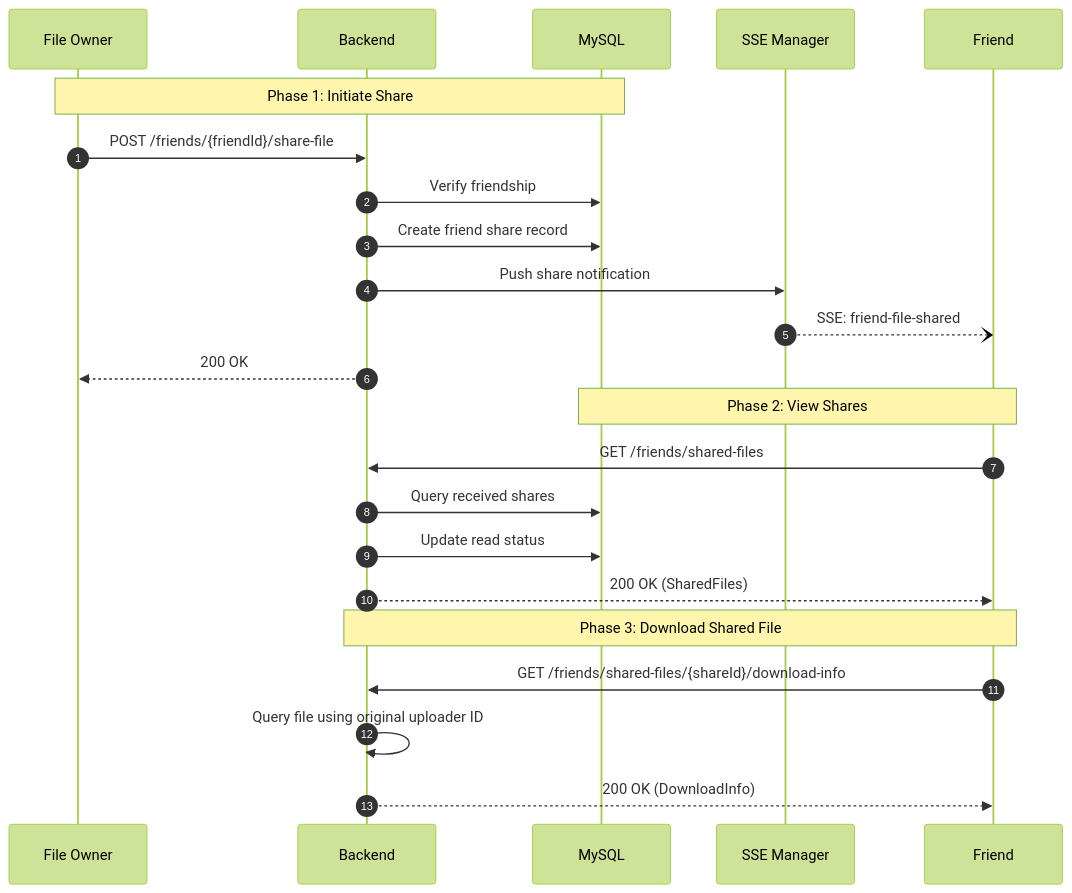
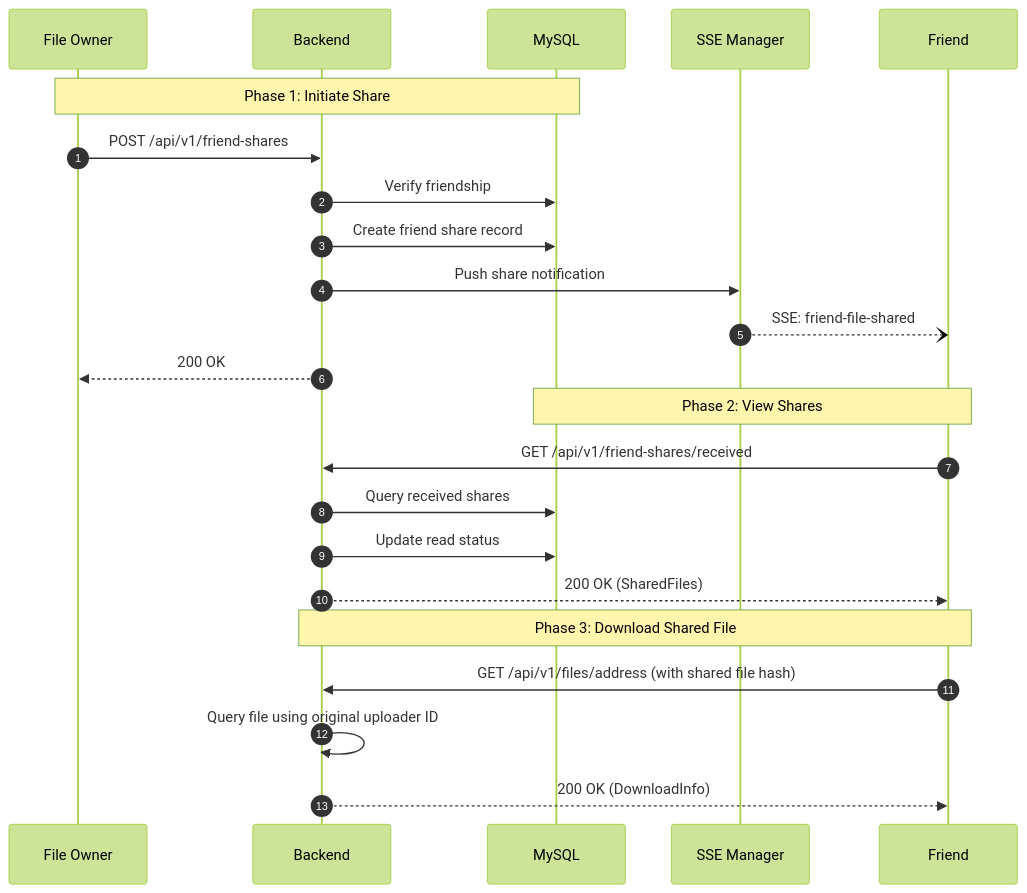
The fifth of 9 diagrams in docs/en/architecture/system-overview.md (SoarCollab/RecordPlatform), drawn with Mermaid (forest theme) before and after one commit. The commit also changed other lines of this file and 5 other files, not shown here.

Commit message:
docs: align API docs with backend controllers

````diff
--- a/docs/en/architecture/system-overview.md
+++ b/docs/en/architecture/system-overview.md
@@ -209,29 +213,29 @@
 ```mermaid
 sequenceDiagram
     autonumber
 
     participant Owner as File Owner
     participant Backend
     participant DB as MySQL
     participant SSE as SSE Manager
     participant Friend
 
     Note over Owner, DB: Phase 1: Initiate Share
-    Owner->>Backend: POST /friends/{friendId}/share-file
+    Owner->>Backend: POST /api/v1/friend-shares
     Backend->>DB: Verify friendship
     Backend->>DB: Create friend share record
     Backend->>SSE: Push share notification
     SSE--)Friend: SSE: friend-file-shared
     Backend-->>Owner: 200 OK
 
     Note over Friend, DB: Phase 2: View Shares
-    Friend->>Backend: GET /friends/shared-files
+    Friend->>Backend: GET /api/v1/friend-shares/received
     Backend->>DB: Query received shares
     Backend->>DB: Update read status
     Backend-->>Friend: 200 OK (SharedFiles)
 
     Note over Friend, Backend: Phase 3: Download Shared File
-    Friend->>Backend: GET /friends/shared-files/{shareId}/download-info
+    Friend->>Backend: GET /api/v1/files/address (with shared file hash)
     Backend->>Backend: Query file using original uploader ID
     Backend-->>Friend: 200 OK (DownloadInfo)
 ```
````
